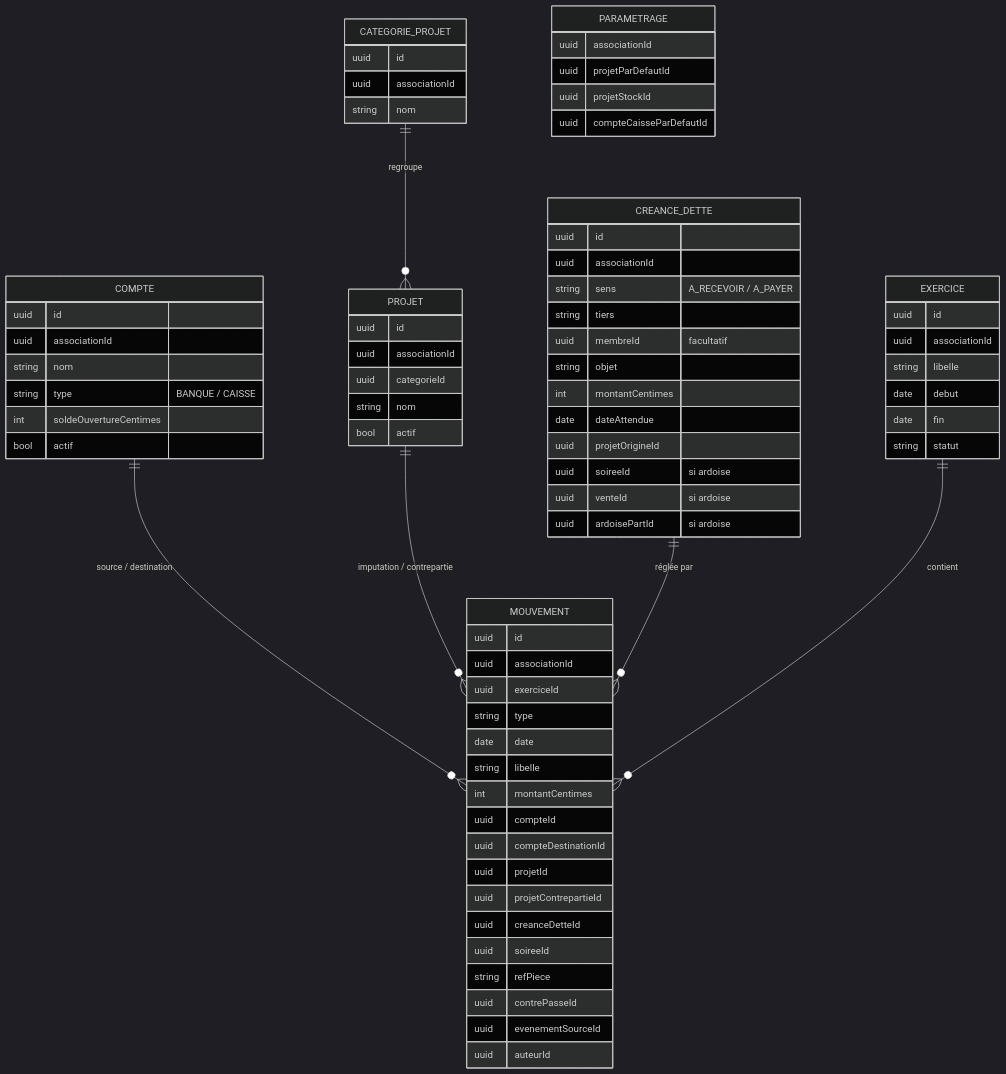
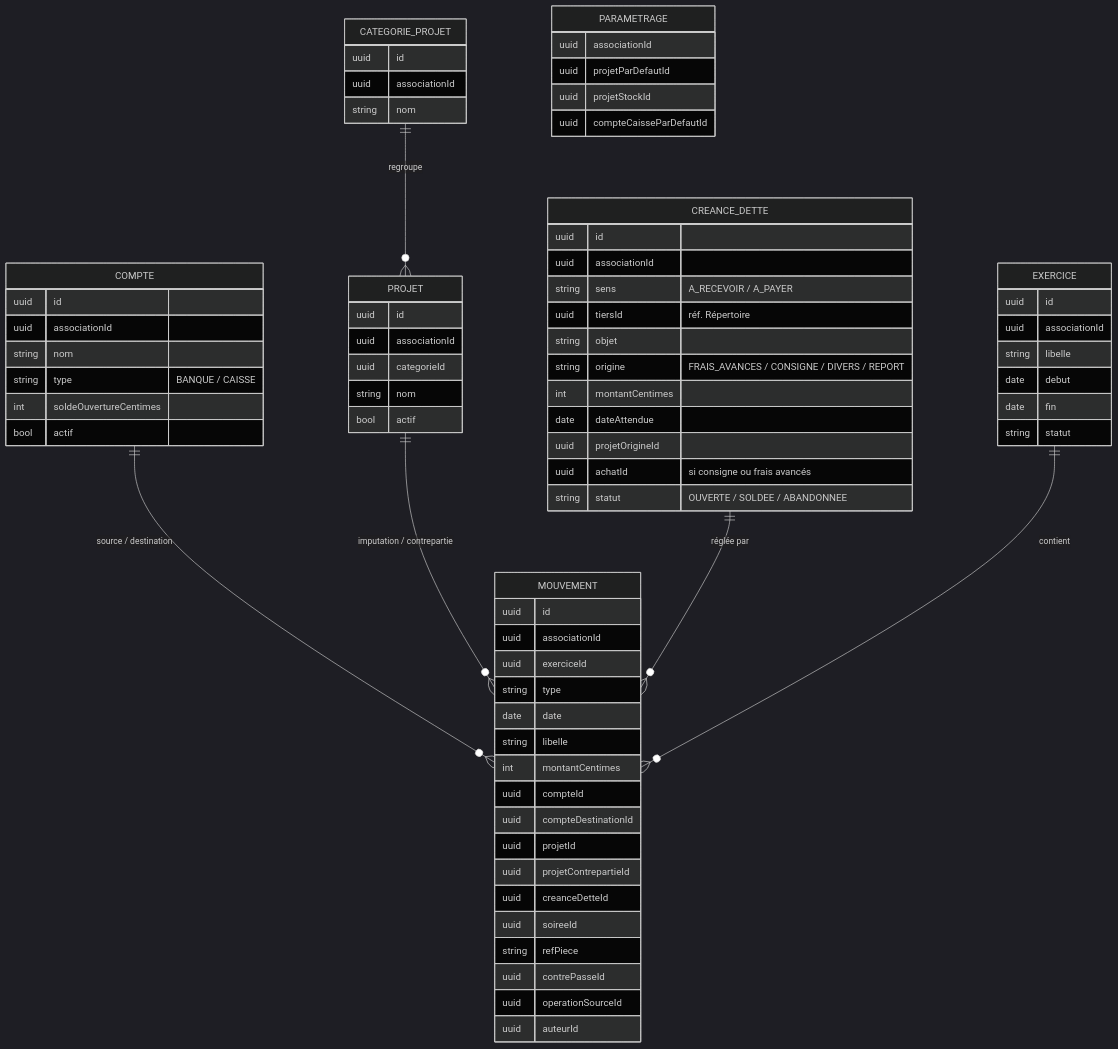
The fourth of 4 diagrams in docs/cahier-des-charges.md (altad3005/ardoise), drawn with Mermaid (dark theme) before and after one commit. The commit also changed other lines of this file, not shown here.

````diff
--- a/docs/cahier-des-charges.md
+++ b/docs/cahier-des-charges.md
@@ -693,76 +793,75 @@
 ```mermaid
 erDiagram
     CATEGORIE_PROJET ||--o{ PROJET : "regroupe"
     COMPTE ||--o{ MOUVEMENT : "source / destination"
     PROJET ||--o{ MOUVEMENT : "imputation / contrepartie"
     CREANCE_DETTE ||--o{ MOUVEMENT : "réglée par"
     EXERCICE ||--o{ MOUVEMENT : "contient"
 
     PARAMETRAGE {
         uuid associationId
         uuid projetParDefautId
         uuid projetStockId
         uuid compteCaisseParDefautId
     }
     EXERCICE {
         uuid id
         uuid associationId
         string libelle
         date debut
         date fin
         string statut
     }
     COMPTE {
         uuid id
         uuid associationId
         string nom
         string type "BANQUE / CAISSE"
         int soldeOuvertureCentimes
         bool actif
     }
     CATEGORIE_PROJET {
         uuid id
         uuid associationId
         string nom
     }
     PROJET {
         uuid id
         uuid associationId
         uuid categorieId
         string nom
         bool actif
     }
     MOUVEMENT {
         uuid id
         uuid associationId
         uuid exerciceId
         string type
         date date
         string libelle
         int montantCentimes
         uuid compteId
         uuid compteDestinationId
         uuid projetId
         uuid projetContrepartieId
         uuid creanceDetteId
         uuid soireeId
         string refPiece
         uuid contrePasseId
-        uuid evenementSourceId
+        uuid operationSourceId
         uuid auteurId
     }
     CREANCE_DETTE {
         uuid id
         uuid associationId
         string sens "A_RECEVOIR / A_PAYER"
-        string tiers
-        uuid membreId "facultatif"
+        uuid tiersId "réf. Répertoire"
         string objet
+        string origine "FRAIS_AVANCES / CONSIGNE / DIVERS / REPORT"
         int montantCentimes
         date dateAttendue
         uuid projetOrigineId
-        uuid soireeId "si ardoise"
-        uuid venteId "si ardoise"
-        uuid ardoisePartId "si ardoise"
+        uuid achatId "si consigne ou frais avancés"
+        string statut "OUVERTE / SOLDEE / ABANDONNEE"
     }
 ```
````
